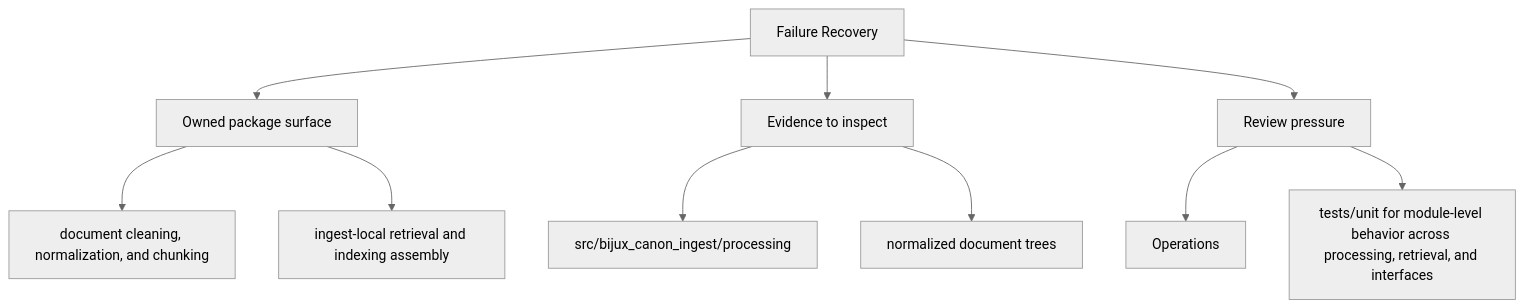
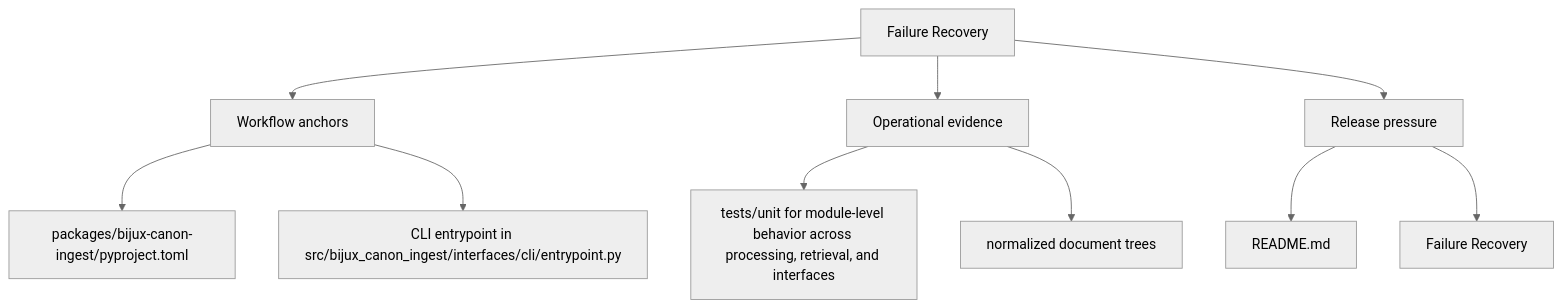
Before and after one commit to bijux/bijux-canon: the second of 2 diagrams in docs/bijux-canon-ingest/operations/failure-recovery.md, drawn with Mermaid (neutral theme). The commit also changed other lines of this file and 250 other files, not shown here.

Commit message:
docs(diagrams): make product page maps more readable

````diff
--- a/docs/bijux-canon-ingest/operations/failure-recovery.md
+++ b/docs/bijux-canon-ingest/operations/failure-recovery.md
@@ -34,22 +34,22 @@
 ```mermaid
 flowchart TD
     page["Failure Recovery"]
-    focus1["Owned package surface"]
+    focus1["Workflow anchors"]
     page --> focus1
-    focus1_1["document cleaning, normalization, and chunking"]
+    focus1_1["packages/bijux-canon-ingest/pyproject.toml"]
     focus1 --> focus1_1
-    focus1_2["ingest-local retrieval and indexing assembly"]
+    focus1_2["CLI entrypoint in src/bijux_canon_ingest/interfaces/cli/entrypoint.py"]
     focus1 --> focus1_2
-    focus2["Evidence to inspect"]
+    focus2["Operational evidence"]
     page --> focus2
-    focus2_1["src/bijux_canon_ingest/processing"]
+    focus2_1["tests/unit for module-level behavior across processing, retrieval, and interfaces"]
     focus2 --> focus2_1
     focus2_2["normalized document trees"]
     focus2 --> focus2_2
-    focus3["Review pressure"]
+    focus3["Release pressure"]
     page --> focus3
-    focus3_1["Operations"]
+    focus3_1["README.md"]
     focus3 --> focus3_1
-    focus3_2["tests/unit for module-level behavior across processing, retrieval, and interfaces"]
+    focus3_2["Failure Recovery"]
     focus3 --> focus3_2
 ```
````
